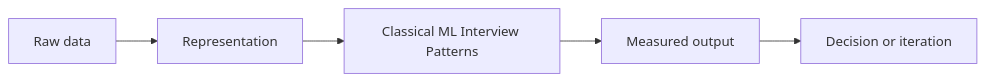
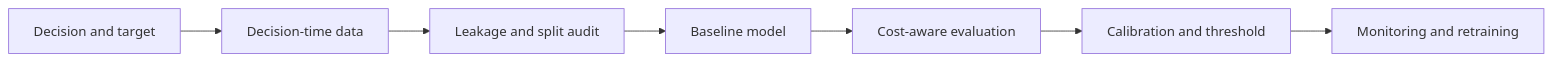
The diagram in classical-ml/20-classical-ml-interview-patterns.md (Icon1cc/Machine-Learning), drawn with Mermaid before and after one commit. The commit also changed other lines of this file and 20 other files, not shown here.

````diff
--- a/classical-ml/20-classical-ml-interview-patterns.md
+++ b/classical-ml/20-classical-ml-interview-patterns.md
@@ -93,7 +107,9 @@
 ```mermaid
 flowchart LR
-    A[Raw data] --> B[Representation]
-    B --> C[Classical ML Interview Patterns]
-    C --> D[Measured output]
-    D --> E[Decision or iteration]
+    A[Decision and target] --> B[Decision-time data]
+    B --> C[Leakage and split audit]
+    C --> D[Baseline model]
+    D --> E[Cost-aware evaluation]
+    E --> F[Calibration and threshold]
+    F --> G[Monitoring and retraining]
 ```
````
